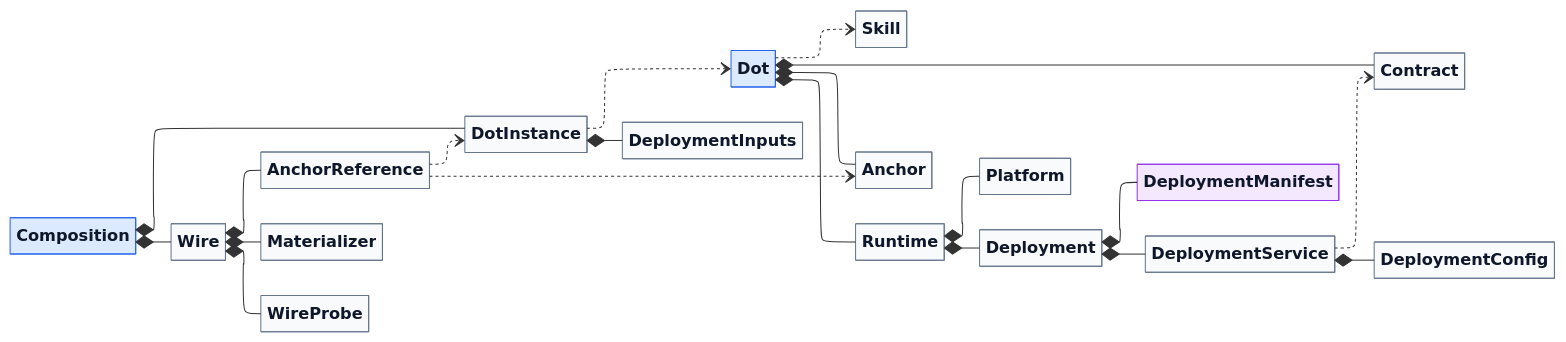
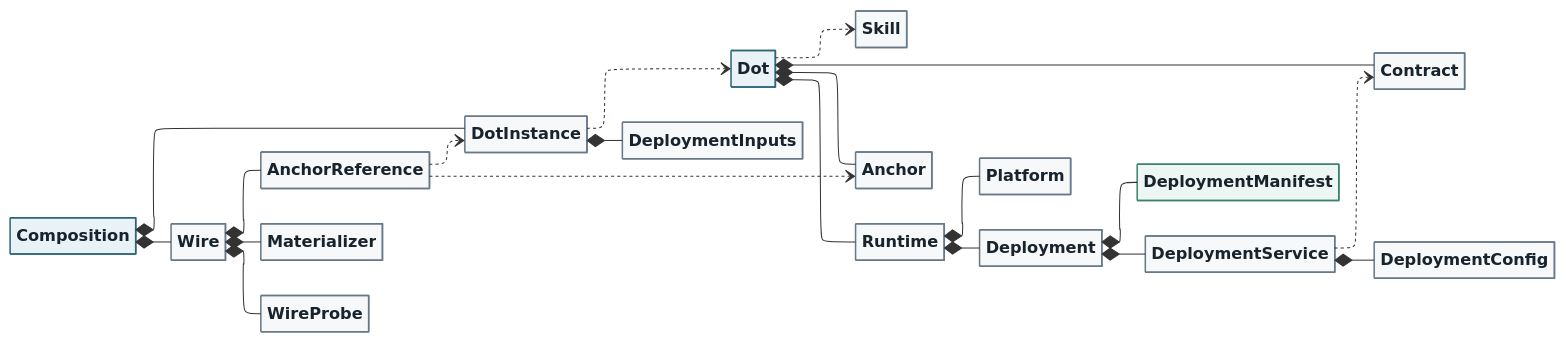
Before and after one commit to MARE-EU-Project/DOT-Docs: the diagram in DOT-Design/next/dot-design/_attachments/diagrams/domain-a4.mmd, drawn with Mermaid. The commit also changed 43 other files, not shown here.

```diff
--- a/DOT-Design/next/dot-design/_attachments/diagrams/domain-a4.mmd
+++ b/DOT-Design/next/dot-design/_attachments/diagrams/domain-a4.mmd
@@ -1,67 +1,67 @@
 ---
 config:
   layout: elk
   class:
     hideEmptyMembersBox: true
     nodeSpacing: 16
     rankSpacing: 25
     padding: 6
 ---
 classDiagram
   direction LR
   accTitle: DOT-Domain A4 overview
   accDescr: Core class relationships. The accompanying generated family inventory covers every supporting public type; the complete diagram shows every type individually.
 
   class Dot
   class Skill
   class Contract
   class Anchor
   class Runtime
   class Platform
   class Deployment
   class DeploymentManifest
   class DeploymentService
   class DeploymentConfig
   class Composition
   class DotInstance
   class Wire
   class AnchorReference
   class Materializer
   class DeploymentInputs
   class WireProbe
   Dot ..> Skill
   Dot *-- Anchor
   Dot *-- Contract
   Dot *-- Runtime
   Composition *-- DotInstance
   Composition *-- Wire
   DotInstance *-- DeploymentInputs
   Wire *-- AnchorReference
   Wire *-- Materializer
   Wire *-- WireProbe
   DeploymentService ..> Contract
   DeploymentService *-- DeploymentConfig
   Deployment *-- DeploymentService
   Deployment *-- DeploymentManifest
   Runtime *-- Deployment
   Runtime *-- Platform
   DotInstance ..> Dot
   AnchorReference ..> DotInstance
   AnchorReference ..> Anchor
-  style Dot fill:#dbeafe,stroke:#2563eb,color:#0f172a
-  style Skill fill:#f8fafc,stroke:#64748b,color:#0f172a
-  style Anchor fill:#f8fafc,stroke:#64748b,color:#0f172a
-  style AnchorReference fill:#f8fafc,stroke:#64748b,color:#0f172a
-  style Composition fill:#dbeafe,stroke:#2563eb,color:#0f172a
-  style DeploymentInputs fill:#f8fafc,stroke:#64748b,color:#0f172a
-  style DotInstance fill:#f8fafc,stroke:#64748b,color:#0f172a
-  style Materializer fill:#f8fafc,stroke:#64748b,color:#0f172a
-  style Wire fill:#f8fafc,stroke:#64748b,color:#0f172a
-  style WireProbe fill:#f8fafc,stroke:#64748b,color:#0f172a
-  style Contract fill:#f8fafc,stroke:#64748b,color:#0f172a
-  style Deployment fill:#f8fafc,stroke:#64748b,color:#0f172a
-  style DeploymentService fill:#f8fafc,stroke:#64748b,color:#0f172a
-  style DeploymentConfig fill:#f8fafc,stroke:#64748b,color:#0f172a
-  style DeploymentManifest fill:#f3e8ff,stroke:#9333ea,color:#0f172a
-  style Runtime fill:#f8fafc,stroke:#64748b,color:#0f172a
-  style Platform fill:#f8fafc,stroke:#64748b,color:#0f172a
+  style Dot fill:#e8f2f7,stroke:#2b6777,color:#17232d,stroke-width:1.5px
+  style Skill fill:#f6f8fa,stroke:#687887,color:#17232d,stroke-width:1.5px
+  style Anchor fill:#f6f8fa,stroke:#687887,color:#17232d,stroke-width:1.5px
+  style AnchorReference fill:#f6f8fa,stroke:#687887,color:#17232d,stroke-width:1.5px
+  style Composition fill:#e8f2f7,stroke:#2b6777,color:#17232d,stroke-width:1.5px
+  style DeploymentInputs fill:#f6f8fa,stroke:#687887,color:#17232d,stroke-width:1.5px
+  style DotInstance fill:#f6f8fa,stroke:#687887,color:#17232d,stroke-width:1.5px
+  style Materializer fill:#f6f8fa,stroke:#687887,color:#17232d,stroke-width:1.5px
+  style Wire fill:#f6f8fa,stroke:#687887,color:#17232d,stroke-width:1.5px
+  style WireProbe fill:#f6f8fa,stroke:#687887,color:#17232d,stroke-width:1.5px
+  style Contract fill:#f6f8fa,stroke:#687887,color:#17232d,stroke-width:1.5px
+  style Deployment fill:#f6f8fa,stroke:#687887,color:#17232d,stroke-width:1.5px
+  style DeploymentService fill:#f6f8fa,stroke:#687887,color:#17232d,stroke-width:1.5px
+  style DeploymentConfig fill:#f6f8fa,stroke:#687887,color:#17232d,stroke-width:1.5px
+  style DeploymentManifest fill:#eef6f3,stroke:#39826f,color:#17232d,stroke-width:1.5px
+  style Runtime fill:#f6f8fa,stroke:#687887,color:#17232d,stroke-width:1.5px
+  style Platform fill:#f6f8fa,stroke:#687887,color:#17232d,stroke-width:1.5px
```
